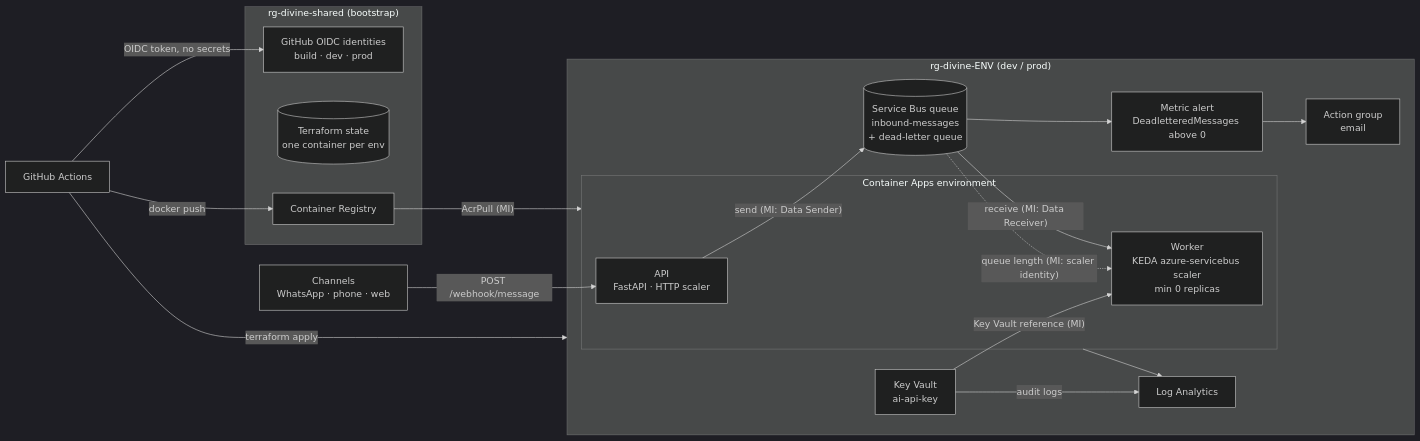
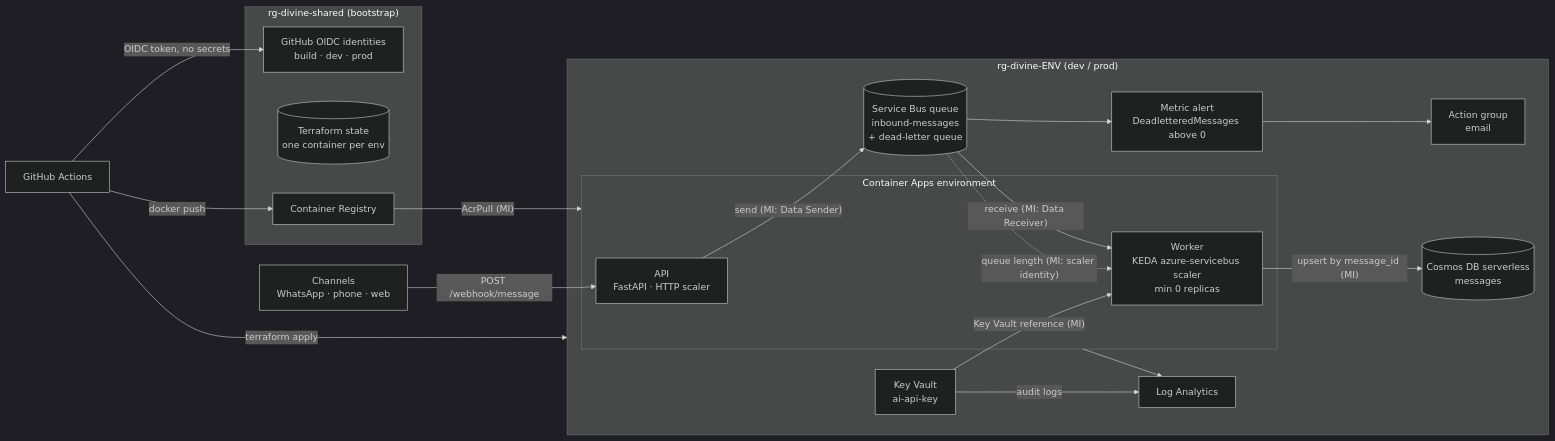
One commit to royer1201/divine-agent-platform changed the diagram in README.md. Above: the diagram before and after it, drawn with Mermaid (dark theme). The commit also changed other lines of this file and 14 other files, not shown here.

````diff
--- a/README.md
+++ b/README.md
@@ -11,35 +11,37 @@
 ```mermaid
 flowchart LR
     client["Channels<br/>WhatsApp · phone · web"] -->|"POST /webhook/message"| api
 
     subgraph rgenv["rg-divine-ENV (dev / prod)"]
         subgraph cae["Container Apps environment"]
             api["API<br/>FastAPI · HTTP scaler"]
             worker["Worker<br/>KEDA azure-servicebus scaler<br/>min 0 replicas"]
         end
         sb[("Service Bus queue<br/>inbound-messages<br/>+ dead-letter queue")]
         kv["Key Vault<br/>ai-api-key"]
+        cosmos[("Cosmos DB serverless<br/>messages")]
         law["Log Analytics"]
         alert["Metric alert<br/>DeadletteredMessages above 0"]
         ag["Action group<br/>email"]
     end
 
     subgraph rgshared["rg-divine-shared (bootstrap)"]
         acr["Container Registry"]
         tfstate[("Terraform state<br/>one container per env")]
         ghid["GitHub OIDC identities<br/>build · dev · prod"]
     end
 
     api -->|"send (MI: Data Sender)"| sb
     sb -->|"receive (MI: Data Receiver)"| worker
     sb -. "queue length (MI: scaler identity)" .-> worker
     kv -->|"Key Vault reference (MI)"| worker
+    worker -->|"upsert by message_id (MI)"| cosmos
     acr -->|"AcrPull (MI)"| cae
     cae --> law
     kv -->|audit logs| law
     sb --> alert --> ag
 
     gha["GitHub Actions"] -->|"OIDC token, no secrets"| ghid
     gha -->|"docker push"| acr
     gha -->|"terraform apply"| rgenv
 ```
````
